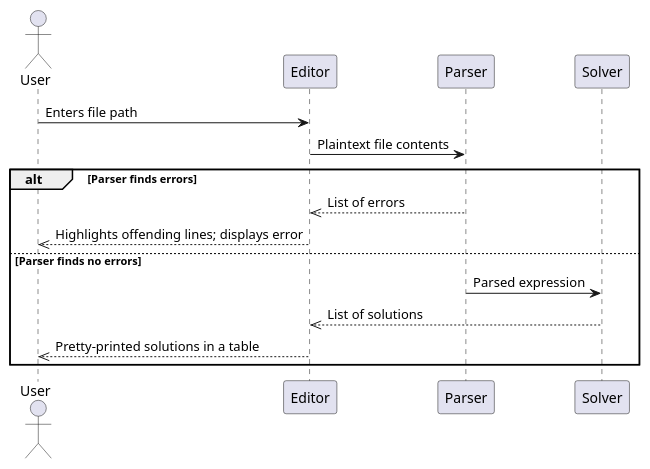
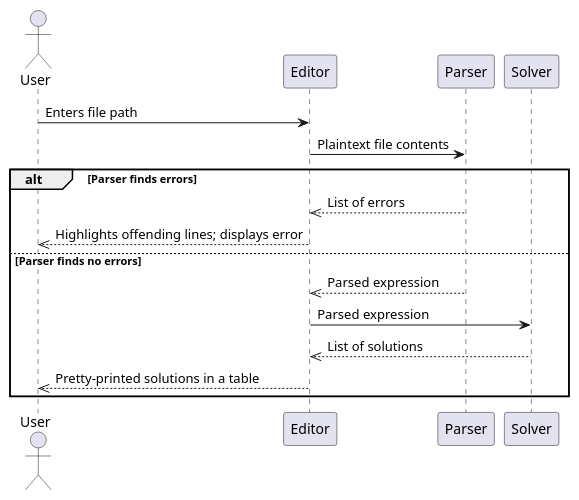
The diagram in LogicLang/components_interaction.plantuml (mrichards30/logic-lang), drawn with PlantUML before and after one commit. The commit also changed 2 other files, not shown here.

Commit message:
completed(?) backtracker/solver

```diff
--- a/LogicLang/components_interaction.plantuml
+++ b/LogicLang/components_interaction.plantuml
@@ -1,22 +1,23 @@
 @startuml LogicLang Internal Interactions
 
 actor User 
 participant Editor 
 participant Parser 
 participant Solver 
 
 User -> Editor: Enters file path 
 Editor -> Parser: Plaintext file contents 
 
 alt Parser finds errors  
     Parser -->> Editor: List of errors
     Editor -->> User: Highlights offending lines; displays error
 
 else Parser finds no errors
-    Parser -> Solver: Parsed expression
+    Parser -->> Editor: Parsed expression
+    Editor -> Solver: Parsed expression
     Solver -->> Editor: List of solutions
     Editor -->> User: Pretty-printed solutions in a table
 
 end 
 
 @enduml  
```
